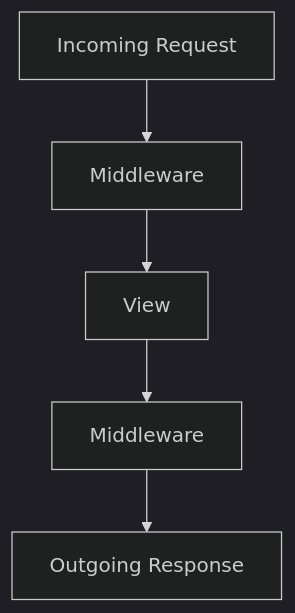
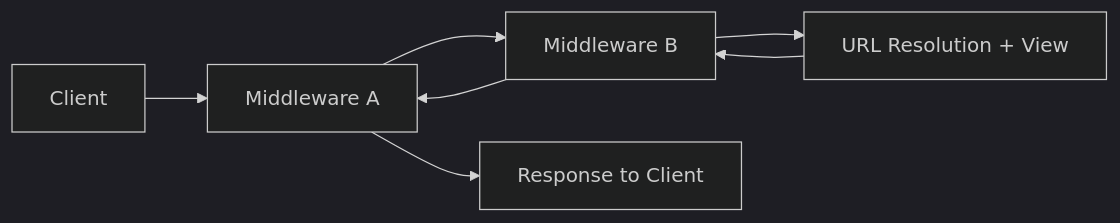
The first of 4 diagrams in src/content/django/middleware.md (AvadhBhalodiya/Interview-Preparation), drawn with Mermaid (dark theme) before and after one commit. The commit also changed other lines of this file and 80 other files, not shown here.

````diff
--- a/src/content/django/middleware.md
+++ b/src/content/django/middleware.md
@@ -80,7 +62,9 @@
 ```mermaid
-flowchart TD
-    A[Incoming Request] --> B[Middleware]
-    B --> C[View]
-    C --> D[Middleware]
-    D --> E[Outgoing Response]
+flowchart LR
+    A[Client] --> B[Middleware A]
+    B --> C[Middleware B]
+    C --> D[URL Resolution + View]
+    D --> C
+    C --> B
+    B --> E[Response to Client]
 ```
````
